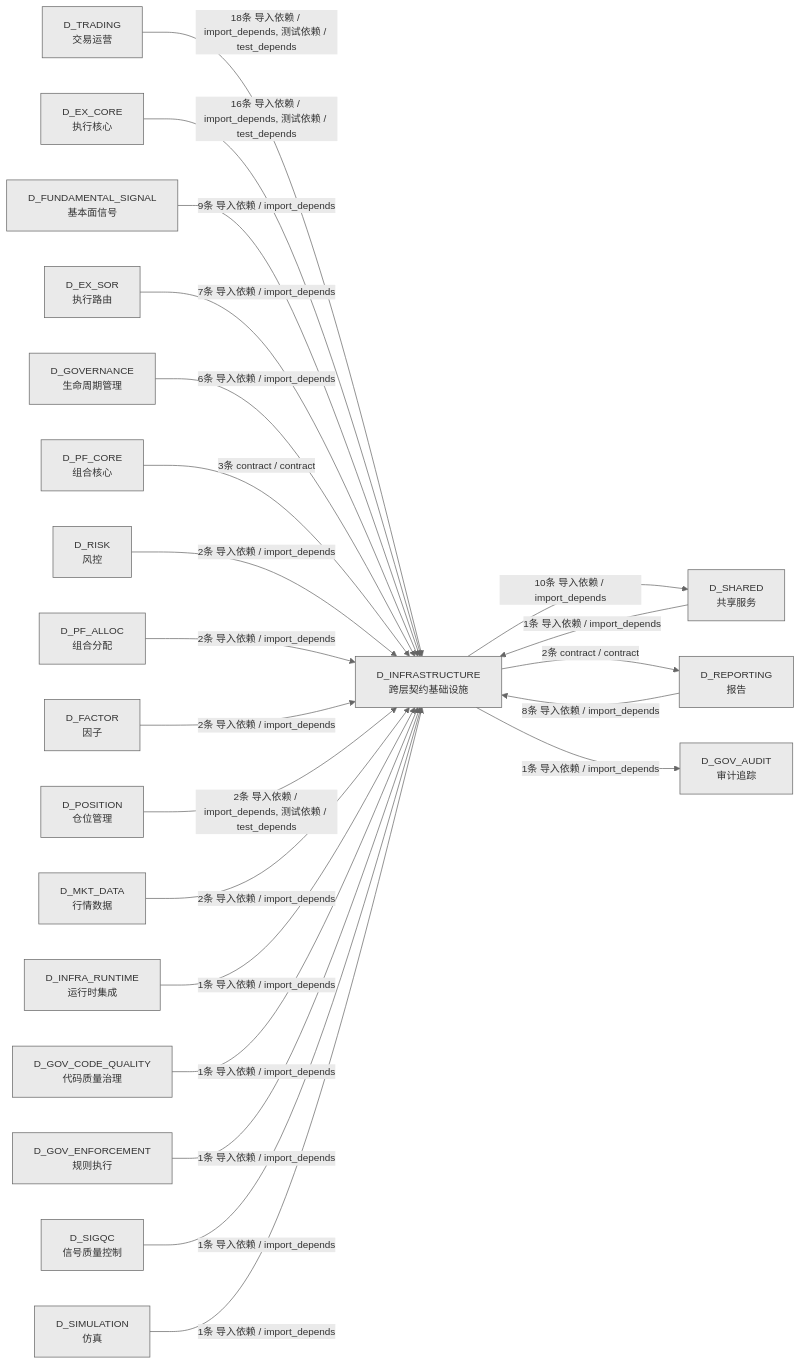
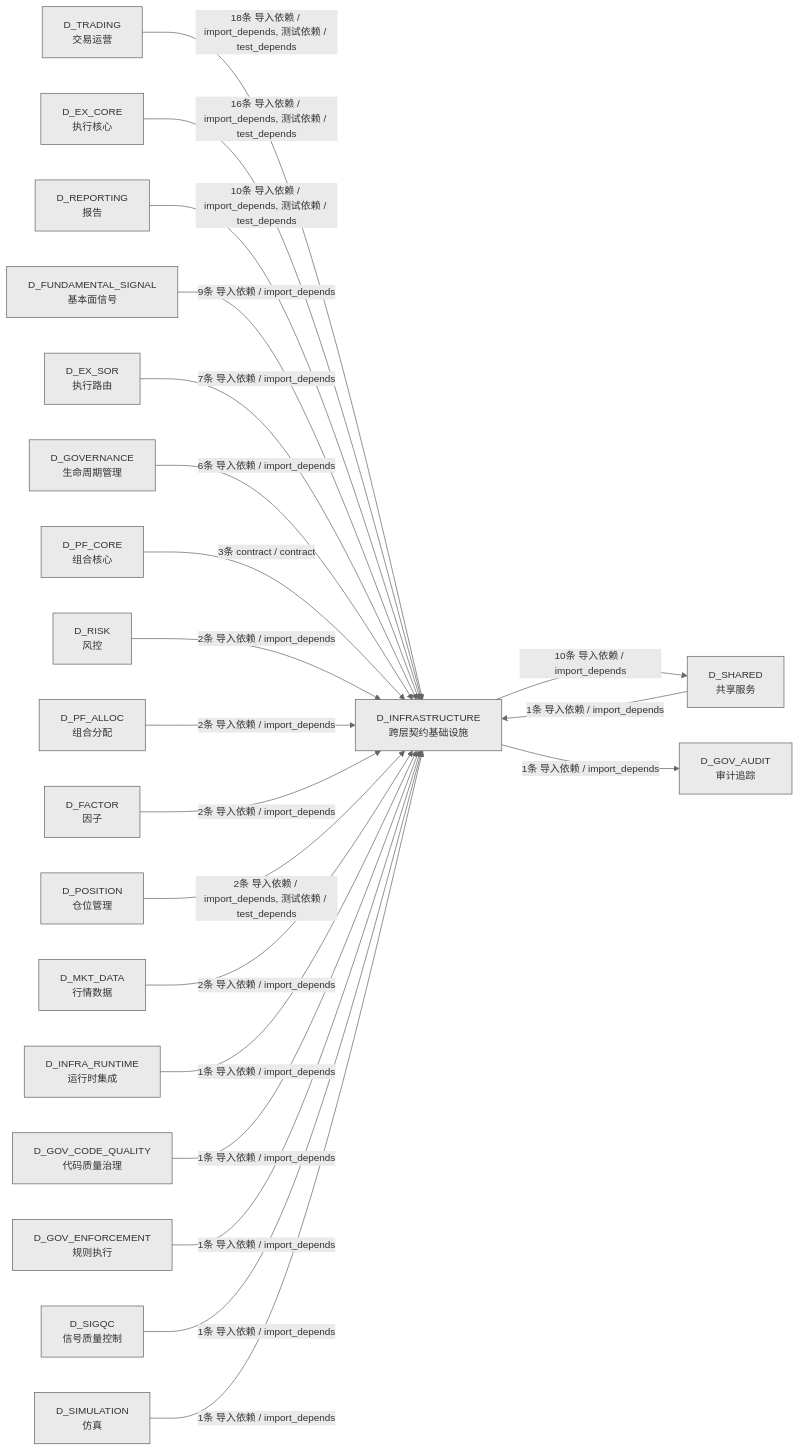
The third of 3 diagrams in docs/02_enterprise_architecture/02_domain_architecture_docs/02_d_infrastructure.md (xuanFelixVan/ZephyrAlpha), drawn with Mermaid before and after one commit. The commit also changed other lines of this file and 48 other files, not shown here.

````diff
--- a/docs/02_enterprise_architecture/02_domain_architecture_docs/02_d_infrastructure.md
+++ b/docs/02_enterprise_architecture/02_domain_architecture_docs/02_d_infrastructure.md
@@ -337,45 +334,44 @@
 ```mermaid
 %%{init: {'theme': 'base', 'themeVariables': {'primaryColor': '#eaeaea', 'primaryTextColor': '#333333', 'primaryBorderColor': '#666666', 'lineColor': '#666666', 'secondaryColor': '#eaeaea', 'tertiaryColor': '#eaeaea', 'fontSize': '14px'}}}%%
 graph LR
     D_INFRASTRUCTURE["D_INFRASTRUCTURE<br/>跨层契约基础设施"]
     D_SHARED["D_SHARED<br/>共享服务"]
-    D_REPORTING["D_REPORTING<br/>报告"]
     D_GOV_AUDIT["D_GOV_AUDIT<br/>审计追踪"]
     D_TRADING["D_TRADING<br/>交易运营"]
     D_EX_CORE["D_EX_CORE<br/>执行核心"]
+    D_REPORTING["D_REPORTING<br/>报告"]
     D_FUNDAMENTAL_SIGNAL["D_FUNDAMENTAL_SIGNAL<br/>基本面信号"]
     D_EX_SOR["D_EX_SOR<br/>执行路由"]
     D_GOVERNANCE["D_GOVERNANCE<br/>生命周期管理"]
     D_PF_CORE["D_PF_CORE<br/>组合核心"]
     D_RISK["D_RISK<br/>风控"]
     D_PF_ALLOC["D_PF_ALLOC<br/>组合分配"]
     D_FACTOR["D_FACTOR<br/>因子"]
     D_POSITION["D_POSITION<br/>仓位管理"]
     D_MKT_DATA["D_MKT_DATA<br/>行情数据"]
     D_INFRA_RUNTIME["D_INFRA_RUNTIME<br/>运行时集成"]
     D_GOV_CODE_QUALITY["D_GOV_CODE_QUALITY<br/>代码质量治理"]
     D_GOV_ENFORCEMENT["D_GOV_ENFORCEMENT<br/>规则执行"]
     D_SIGQC["D_SIGQC<br/>信号质量控制"]
     D_SIMULATION["D_SIMULATION<br/>仿真"]
     D_INFRASTRUCTURE -->|10条 导入依赖 / import_depends| D_SHARED
-    D_INFRASTRUCTURE -->|2条 contract / contract| D_REPORTING
     D_INFRASTRUCTURE -->|1条 导入依赖 / import_depends| D_GOV_AUDIT
     D_TRADING -->|18条 导入依赖 / import_depends, 测试依赖 / test_depends| D_INFRASTRUCTURE
     D_EX_CORE -->|16条 导入依赖 / import_depends, 测试依赖 / test_depends| D_INFRASTRUCTURE
+    D_REPORTING -->|10条 导入依赖 / import_depends, 测试依赖 / test_depends| D_INFRASTRUCTURE
     D_FUNDAMENTAL_SIGNAL -->|9条 导入依赖 / import_depends| D_INFRASTRUCTURE
-    D_REPORTING -->|8条 导入依赖 / import_depends| D_INFRASTRUCTURE
     D_EX_SOR -->|7条 导入依赖 / import_depends| D_INFRASTRUCTURE
     D_GOVERNANCE -->|6条 导入依赖 / import_depends| D_INFRASTRUCTURE
     D_PF_CORE -->|3条 contract / contract| D_INFRASTRUCTURE
     D_RISK -->|2条 导入依赖 / import_depends| D_INFRASTRUCTURE
     D_PF_ALLOC -->|2条 导入依赖 / import_depends| D_INFRASTRUCTURE
     D_FACTOR -->|2条 导入依赖 / import_depends| D_INFRASTRUCTURE
     D_POSITION -->|2条 导入依赖 / import_depends, 测试依赖 / test_depends| D_INFRASTRUCTURE
     D_MKT_DATA -->|2条 导入依赖 / import_depends| D_INFRASTRUCTURE
     D_INFRA_RUNTIME -->|1条 导入依赖 / import_depends| D_INFRASTRUCTURE
     D_GOV_CODE_QUALITY -->|1条 导入依赖 / import_depends| D_INFRASTRUCTURE
     D_GOV_ENFORCEMENT -->|1条 导入依赖 / import_depends| D_INFRASTRUCTURE
     D_SHARED -->|1条 导入依赖 / import_depends| D_INFRASTRUCTURE
     D_SIGQC -->|1条 导入依赖 / import_depends| D_INFRASTRUCTURE
     D_SIMULATION -->|1条 导入依赖 / import_depends| D_INFRASTRUCTURE
 ```
````
